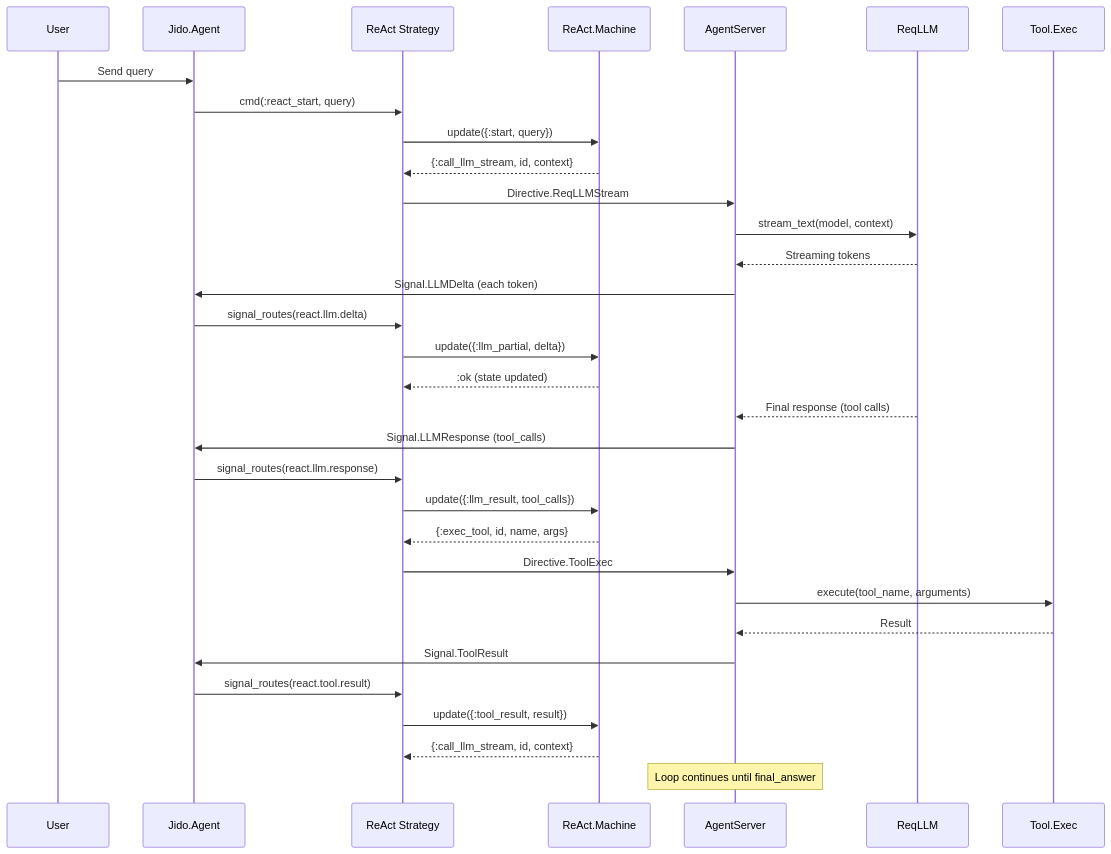
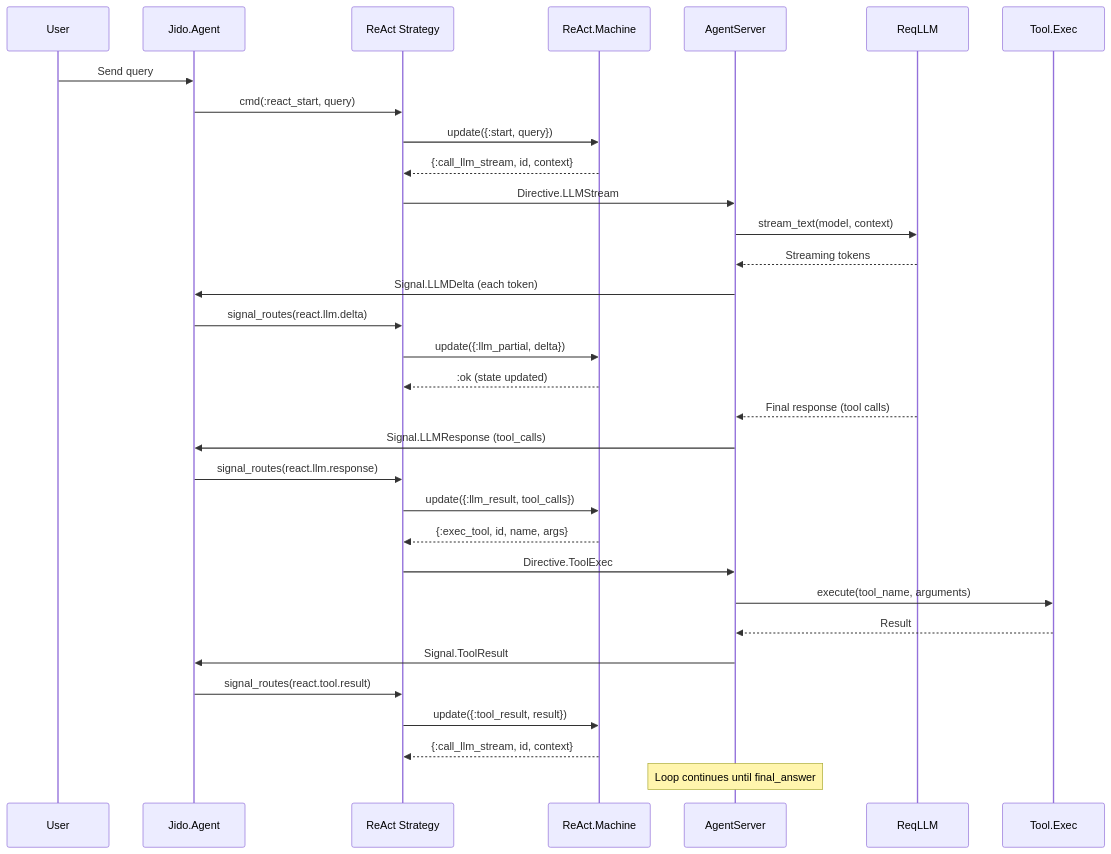
One commit to agentjido/jido_ai changed the second of 2 diagrams in guides/developer/01_architecture_overview.md. Above: the diagram before and after it, drawn with Mermaid. The commit also changed other lines of this file and 23 other files, not shown here.

````diff
--- a/guides/developer/01_architecture_overview.md
+++ b/guides/developer/01_architecture_overview.md
@@ -240,39 +240,39 @@
 ```mermaid
 sequenceDiagram
     participant User
     participant Agent as Jido.Agent
     participant Strategy as ReAct Strategy
     participant Machine as ReAct.Machine
     participant Runtime as AgentServer
     participant LLM as ReqLLM
     participant Tool as Tool.Exec
 
     User->>Agent: Send query
     Agent->>Strategy: cmd(:react_start, query)
     Strategy->>Machine: update({:start, query})
     Machine-->>Strategy: {:call_llm_stream, id, context}
-    Strategy->>Runtime: Directive.ReqLLMStream
+    Strategy->>Runtime: Directive.LLMStream
 
     Runtime->>LLM: stream_text(model, context)
     LLM-->>Runtime: Streaming tokens
     Runtime->>Agent: Signal.LLMDelta (each token)
     Agent->>Strategy: signal_routes(react.llm.delta)
     Strategy->>Machine: update({:llm_partial, delta})
     Machine-->>Strategy: :ok (state updated)
 
     LLM-->>Runtime: Final response (tool calls)
     Runtime->>Agent: Signal.LLMResponse (tool_calls)
     Agent->>Strategy: signal_routes(react.llm.response)
     Strategy->>Machine: update({:llm_result, tool_calls})
     Machine-->>Strategy: {:exec_tool, id, name, args}
     Strategy->>Runtime: Directive.ToolExec
 
     Runtime->>Tool: execute(tool_name, arguments)
     Tool-->>Runtime: Result
     Runtime->>Agent: Signal.ToolResult
     Agent->>Strategy: signal_routes(react.tool.result)
     Strategy->>Machine: update({:tool_result, result})
     Machine-->>Strategy: {:call_llm_stream, id, context}
 
     Note over Runtime: Loop continues until final_answer
 ```
````
